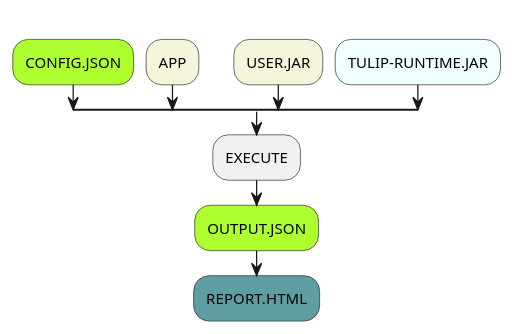
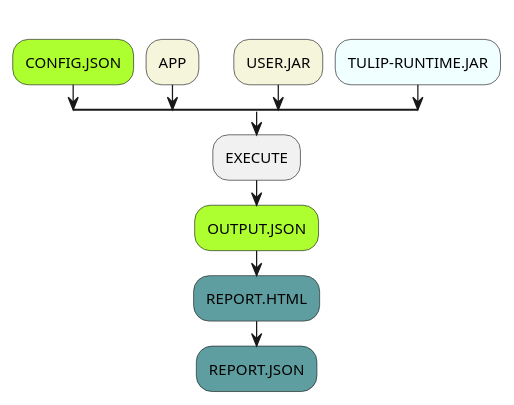
Before and after one commit to wfouche/Tulip: the fourth of 6 diagrams in doc/presentation/presentation.adoc, drawn with PlantUML. The commit also changed other lines of this file and 1 other file, not shown here.

```diff
--- a/doc/presentation/presentation.adoc
+++ b/doc/presentation/presentation.adoc
@@ -503,21 +503,22 @@
 [plantuml,diag03,svg]
 ----
 @startuml
 split
    -[hidden]->
    #greenyellow:CONFIG.JSON;
 split again
    -[hidden]->
    #beige:APP;
 split again
    -[hidden]->
    #beige:USER.JAR;
 split again
    -[hidden]->
    #azure:TULIP-RUNTIME.JAR;
 end split
 :EXECUTE;
 #greenyellow:OUTPUT.JSON;
 #cadetblue:REPORT.HTML;
+#cadetblue:REPORT.JSON;
 @enduml
 ----
```
